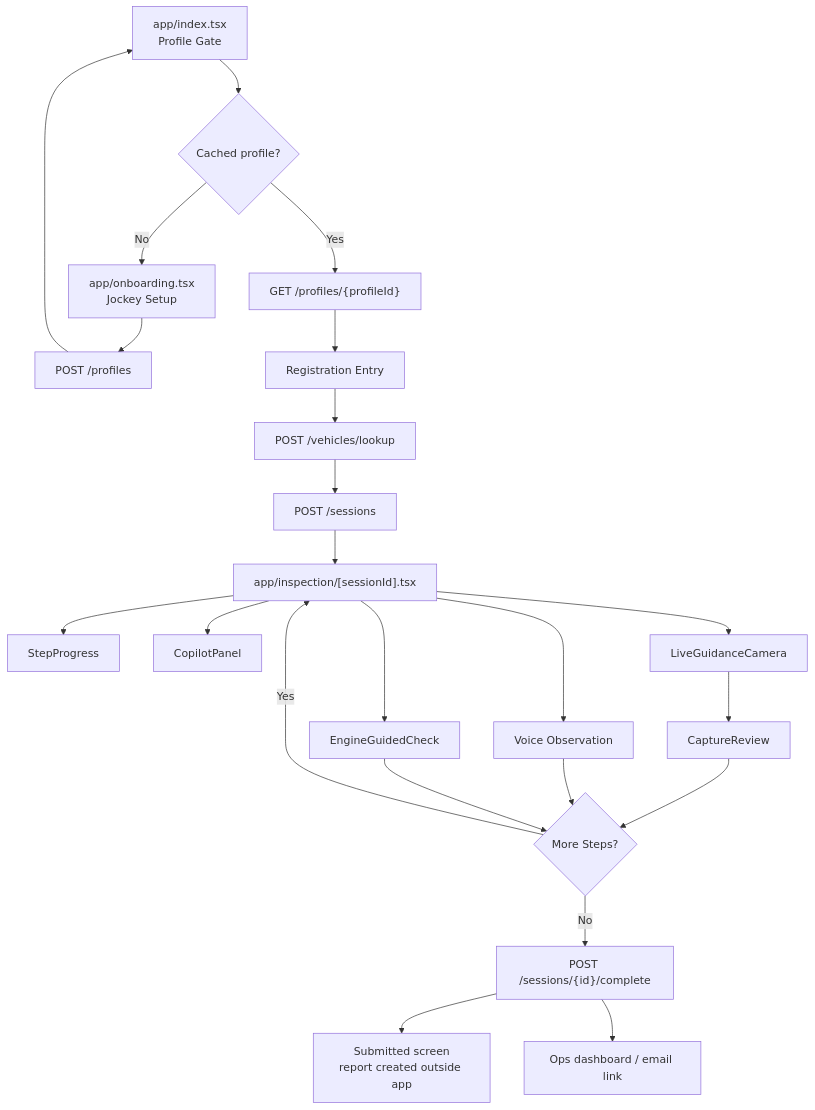
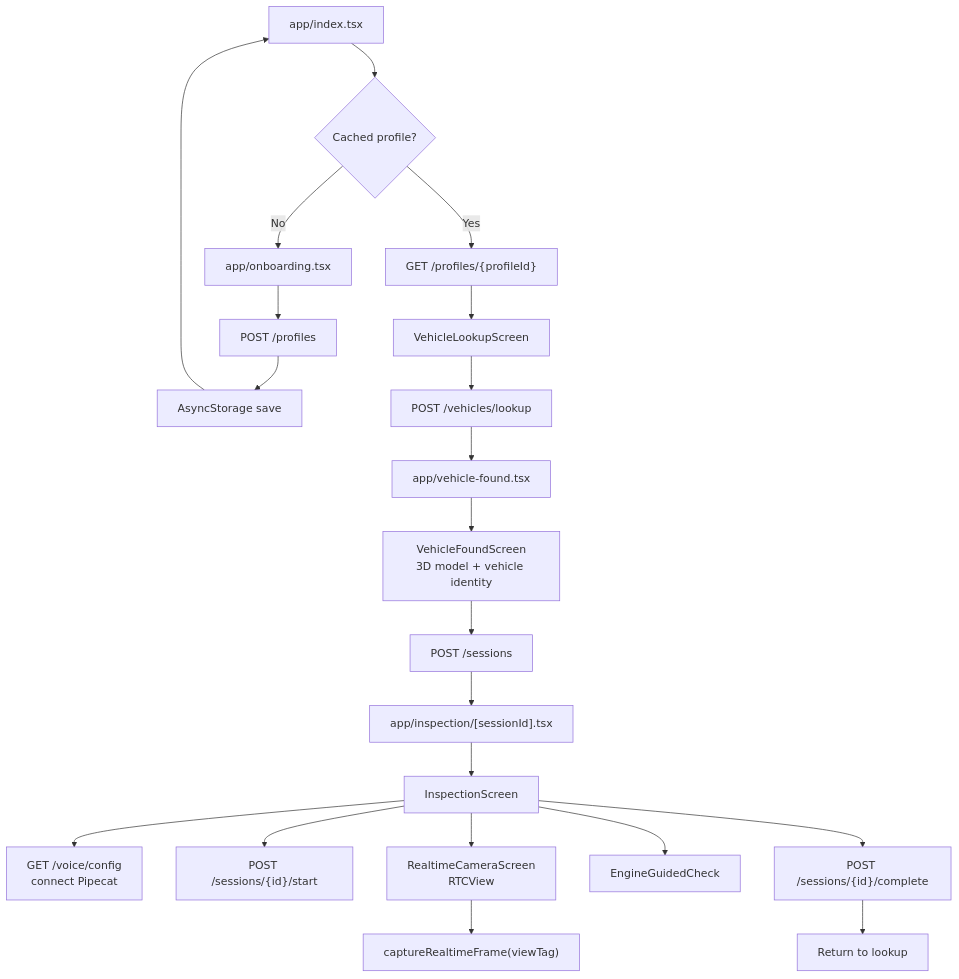
The third of 11 diagrams in ARCHITECTURE.md (adityabhattad2021/Inspection-Copilot), drawn with Mermaid before and after one commit. The commit also changed other lines of this file, not shown here.

Commit message:
docs: update architecture md

````diff
--- a/ARCHITECTURE.md
+++ b/ARCHITECTURE.md
@@ -79,27 +146,25 @@
 ```mermaid
 flowchart TD
-  Start["app/index.tsx<br/>Profile Gate"] --> ProfileCache{"Cached profile?"}
-  ProfileCache -->|No| Onboarding["app/onboarding.tsx<br/>Jockey Setup"]
-  ProfileCache -->|Yes| GetProfile["GET /profiles/{profileId}"]
-  Onboarding --> CreateProfile["POST /profiles"]
-  CreateProfile --> Start
-  GetProfile --> Lookup["Registration Entry"]
+  Launch["app/index.tsx"] --> CacheCheck{"Cached profile?"}
+  CacheCheck -->|No| OnboardingRoute["app/onboarding.tsx"]
+  CacheCheck -->|Yes| ProfileAPI["GET /profiles/{profileId}"]
+  OnboardingRoute --> CreateProfile["POST /profiles"]
+  CreateProfile --> SaveCache["AsyncStorage save"]
+  SaveCache --> Launch
+  ProfileAPI --> Lookup["VehicleLookupScreen"]
+
   Lookup --> LookupAPI["POST /vehicles/lookup"]
-  LookupAPI --> SessionAPI["POST /sessions"]
-  SessionAPI --> Inspect["app/inspection/[sessionId].tsx"]
+  LookupAPI --> VehicleFoundRoute["app/vehicle-found.tsx"]
+  VehicleFoundRoute --> VehicleFound["VehicleFoundScreen<br/>3D model + vehicle identity"]
+  VehicleFound --> CreateSession["POST /sessions"]
+  CreateSession --> InspectionRoute["app/inspection/[sessionId].tsx"]
 
-  Inspect --> Stepper["StepProgress"]
-  Inspect --> Copilot["CopilotPanel"]
-  Inspect --> Capture["LiveGuidanceCamera"]
-  Inspect --> Voice["Voice Observation"]
-  Inspect --> Engine["EngineGuidedCheck"]
-
-  Capture --> Review["CaptureReview"]
-  Review --> NextStep{"More Steps?"}
-  Voice --> NextStep
-  Engine --> NextStep
-  NextStep -->|Yes| Inspect
-  NextStep -->|No| CompleteAPI["POST /sessions/{id}/complete"]
-  CompleteAPI --> Submitted["Submitted screen<br/>report created outside app"]
-  CompleteAPI --> Dashboard["Ops dashboard / email link"]
+  InspectionRoute --> InspectionScreen["InspectionScreen"]
+  InspectionScreen --> VoiceRuntime["GET /voice/config<br/>connect Pipecat"]
+  InspectionScreen --> StartSession["POST /sessions/{id}/start"]
+  InspectionScreen --> RealtimeCamera["RealtimeCameraScreen<br/>RTCView"]
+  InspectionScreen --> EngineCheck["EngineGuidedCheck"]
+  InspectionScreen --> Complete["POST /sessions/{id}/complete"]
+  RealtimeCamera --> NativeCapture["captureRealtimeFrame(viewTag)"]
+  Complete --> BackToLookup["Return to lookup"]
 ```
````
